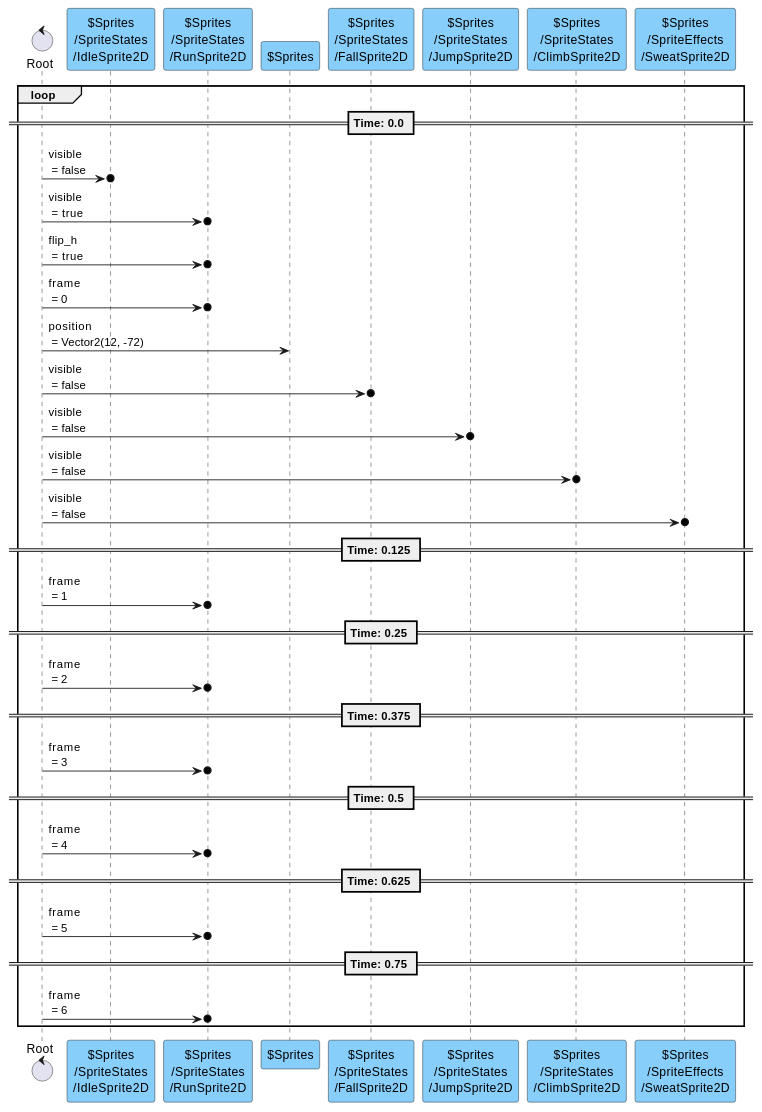
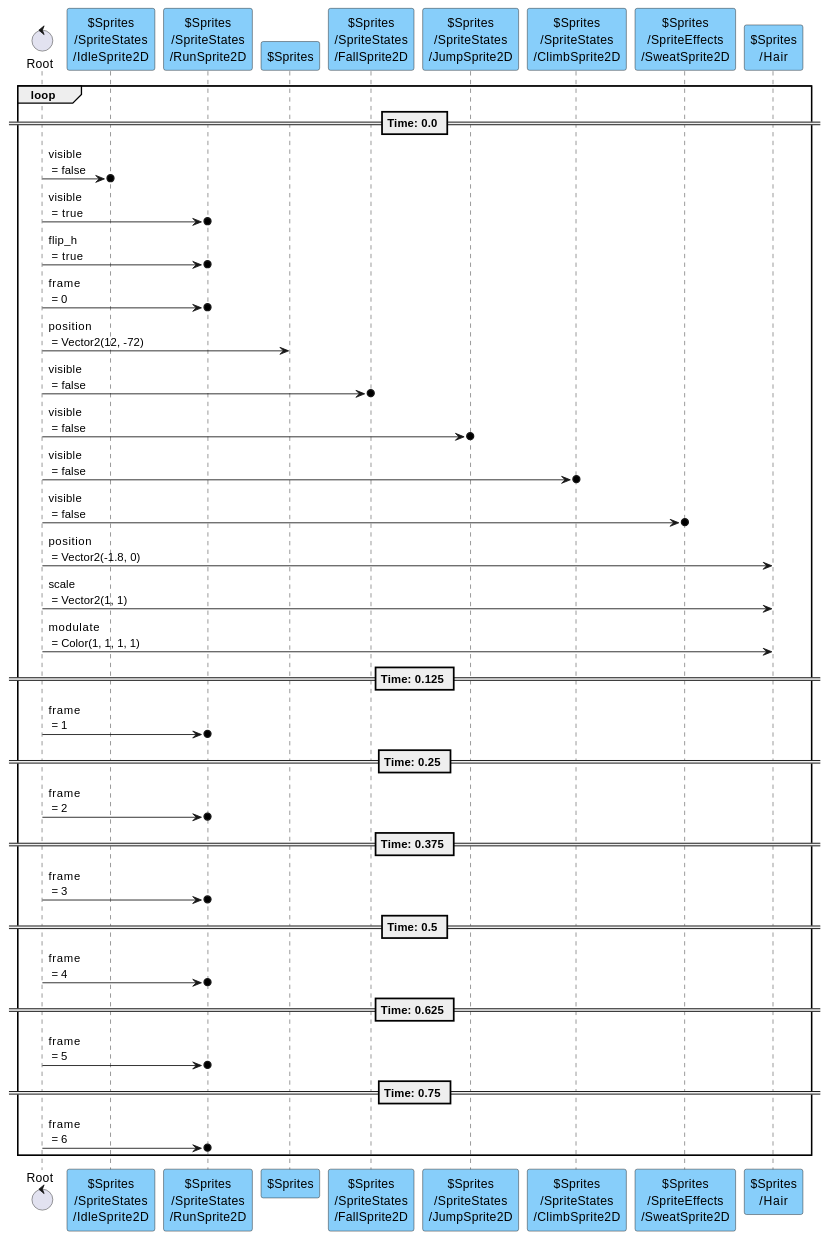
Before and after one commit to tkmfujise/Platformer-Game-Learning: diagram 13 of 13 in content/scenes/src/player/player.tscn.adoc, drawn with PlantUML. The commit also changed other lines of this file and 317 other files, not shown here.

```diff
--- a/content/scenes/src/player/player.tscn.adoc
+++ b/content/scenes/src/player/player.tscn.adoc
@@ -1052,38 +1161,42 @@
 [plantuml]
 ....
 control "Root" as R
 participant "$Sprites\n/SpriteStates\n/IdleSprite2D" as T0 #87CEFA
 participant "$Sprites\n/SpriteStates\n/RunSprite2D" as T1 #87CEFA
 participant "$Sprites" as T4 #87CEFA
 participant "$Sprites\n/SpriteStates\n/FallSprite2D" as T5 #87CEFA
 participant "$Sprites\n/SpriteStates\n/JumpSprite2D" as T6 #87CEFA
 participant "$Sprites\n/SpriteStates\n/ClimbSprite2D" as T7 #87CEFA
 participant "$Sprites\n/SpriteEffects\n/SweatSprite2D" as T8 #87CEFA
+participant "$Sprites\n/Hair" as T9 #87CEFA
 
 
 loop
 == Time: 0.0 ==
 R  ->o  T0 : visible\n = false
 R  ->o  T1 : visible\n = true
 R  ->o  T1 : flip_h\n = true
 R  ->o  T1 : frame\n = 0
 R  ->  T4 : position\n = Vector2(12, -72)
 R  ->o  T5 : visible\n = false
 R  ->o  T6 : visible\n = false
 R  ->o  T7 : visible\n = false
 R  ->o  T8 : visible\n = false
+R  ->  T9 : position\n = Vector2(-1.8, 0)
+R  ->  T9 : scale\n = Vector2(1, 1)
+R  ->  T9 : modulate\n = Color(1, 1, 1, 1)
 == Time: 0.125 ==
 R  ->o  T1 : frame\n = 1
 == Time: 0.25 ==
 R  ->o  T1 : frame\n = 2
 == Time: 0.375 ==
 R  ->o  T1 : frame\n = 3
 == Time: 0.5 ==
 R  ->o  T1 : frame\n = 4
 == Time: 0.625 ==
 R  ->o  T1 : frame\n = 5
 == Time: 0.75 ==
 R  ->o  T1 : frame\n = 6
 
 end
 ....
```
